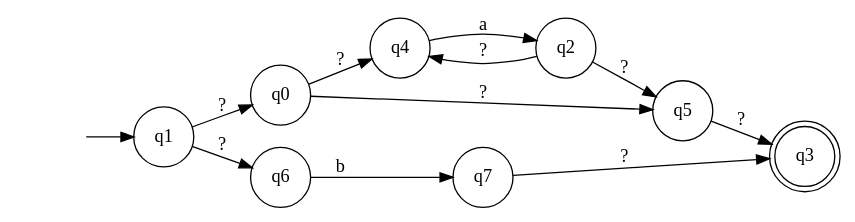
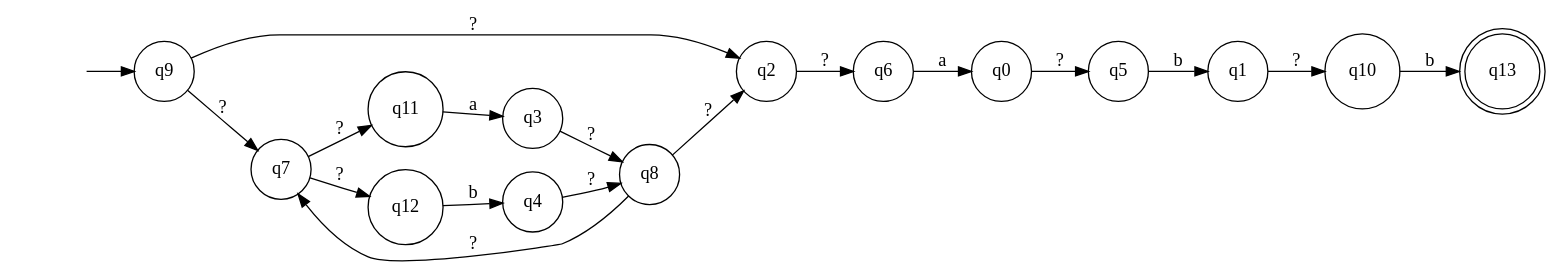
One commit to CallahanK/Graphex-Regex changed the diagram in graphex/command.gv. Above: the diagram before and after it, drawn with Graphviz. The commit also changed 189 other files, not shown here.

```diff
--- a/graphex/command.gv
+++ b/graphex/command.gv
@@ -1,17 +1,23 @@
 digraph NFA { 
 rankdir=LR; 
 node [ shape = none]; ""; 
-node [ shape = doublecircle]; q3; 
+node [ shape = doublecircle]; q13; 
 node [ shape = circle];
-"" -> q1;
-q1 -> q0 [ label = "?" ];
-q1 -> q6 [ label = "?" ];
-q0 -> q4 [ label = "?" ];
+"" -> q9;
+q9 -> q2 [ label = "?" ];
+q9 -> q7 [ label = "?" ];
+q2 -> q6 [ label = "?" ];
+q6 -> q0 [ label = "a" ];
 q0 -> q5 [ label = "?" ];
-q4 -> q2 [ label = "a" ];
-q2 -> q4 [ label = "?" ];
-q2 -> q5 [ label = "?" ];
-q5 -> q3 [ label = "?" ];
-q6 -> q7 [ label = "b" ];
-q7 -> q3 [ label = "?" ];
+q5 -> q1 [ label = "b" ];
+q1 -> q10 [ label = "?" ];
+q10 -> q13 [ label = "b" ];
+q7 -> q11 [ label = "?" ];
+q7 -> q12 [ label = "?" ];
+q11 -> q3 [ label = "a" ];
+q3 -> q8 [ label = "?" ];
+q8 -> q2 [ label = "?" ];
+q8 -> q7 [ label = "?" ];
+q12 -> q4 [ label = "b" ];
+q4 -> q8 [ label = "?" ];
 }
```
